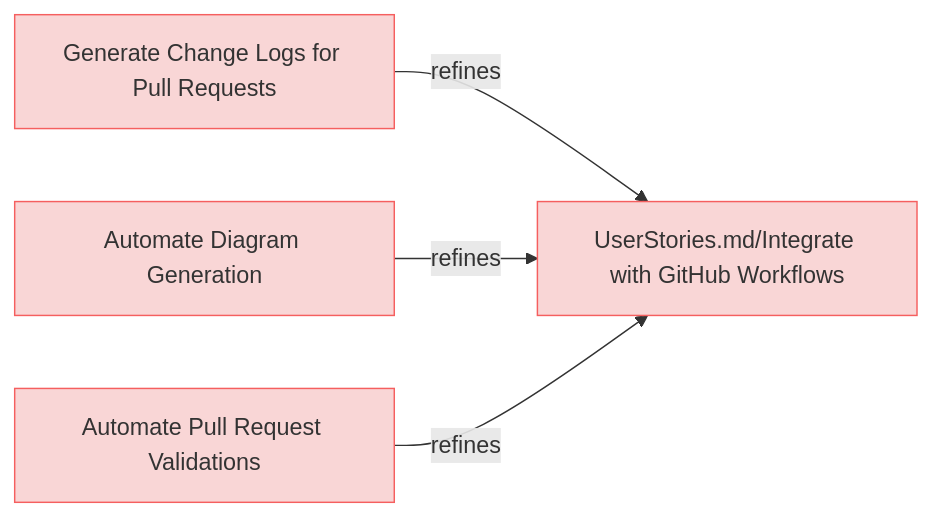
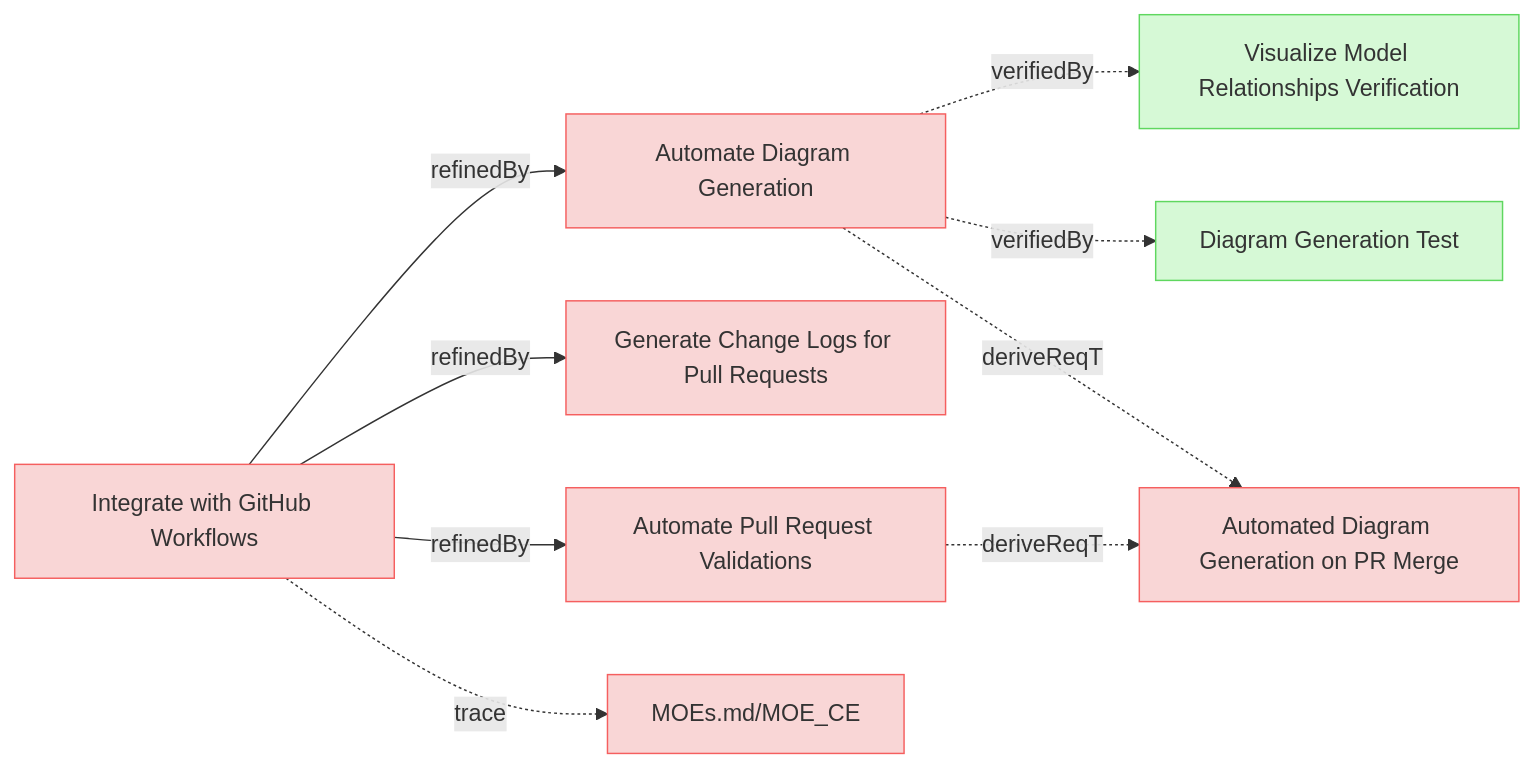
Before and after one commit to reqvire-org/reqvire: the fourth of 9 diagrams in specifications/UserRequirements.md, drawn with Mermaid. The commit also changed other lines of this file and 27 other files, not shown here.

Commit message:
Diagrams update.X

````diff
--- a/specifications/UserRequirements.md
+++ b/specifications/UserRequirements.md
@@ -269,24 +400,41 @@
 ```mermaid
 graph LR;
   %% Graph styling
   classDef requirement fill:#f9d6d6,stroke:#f55f5f,stroke-width:1px;
   classDef verification fill:#d6f9d6,stroke:#5fd75f,stroke-width:1px;
   classDef externalLink fill:#d0e0ff,stroke:#3080ff,stroke-width:1px;
   classDef default fill:#f5f5f5,stroke:#333333,stroke-width:1px;
 
+  98a581084d5542fa["Automate Diagram Generation"];
+  class 98a581084d5542fa requirement;
+  click 98a581084d5542fa "UserRequirements.md#automate-diagram-generation";
+  de8ab093f22a5cd7["Visualize Model Relationships Verification"];
+  class de8ab093f22a5cd7 verification;
+  click de8ab093f22a5cd7 "Verifications/DiagramsTests.md#visualize-model-relationships-verification";
+  98a581084d5542fa -.->|verifiedBy| de8ab093f22a5cd7;
+  2d2cf67bb8070da8["Diagram Generation Test"];
+  class 2d2cf67bb8070da8 verification;
+  click 2d2cf67bb8070da8 "Verifications/DiagramsTests.md#diagram-generation-test";
+  98a581084d5542fa -.->|verifiedBy| 2d2cf67bb8070da8;
+  3e3df7ad427a88fa["Automated Diagram Generation on PR Merge"];
+  class 3e3df7ad427a88fa requirement;
+  click 3e3df7ad427a88fa "SystemRequirements/Requirements.md#automated-diagram-generation-on-pr-merge";
+  98a581084d5542fa -.->|deriveReqT| 3e3df7ad427a88fa;
   672b444a568468b8["Generate Change Logs for Pull Requests"];
   class 672b444a568468b8 requirement;
   click 672b444a568468b8 "UserRequirements.md#generate-change-logs-for-pull-requests";
-  98eaeddc27f99e11["UserStories.md/Integrate with GitHub Workflows"];
-  class 98eaeddc27f99e11 requirement;
-  click 98eaeddc27f99e11 "UserStories.md#integrate-with-github-workflows";
-  672b444a568468b8 -->|refines| 98eaeddc27f99e11;
-  98a581084d5542fa["Automate Diagram Generation"];
-  class 98a581084d5542fa requirement;
-  click 98a581084d5542fa "UserRequirements.md#automate-diagram-generation";
-  98a581084d5542fa -->|refines| 98eaeddc27f99e11;
   15f2f511b2399406["Automate Pull Request Validations"];
   class 15f2f511b2399406 requirement;
   click 15f2f511b2399406 "UserRequirements.md#automate-pull-request-validations";
-  15f2f511b2399406 -->|refines| 98eaeddc27f99e11;
+  15f2f511b2399406 -.->|deriveReqT| 3e3df7ad427a88fa;
+  98eaeddc27f99e11["Integrate with GitHub Workflows"];
+  class 98eaeddc27f99e11 requirement;
+  click 98eaeddc27f99e11 "UserStories.md#integrate-with-github-workflows";
+  e9ad540a6411a0fc["MOEs.md/MOE_CE"];
+  class e9ad540a6411a0fc requirement;
+  click e9ad540a6411a0fc "MOEs.md#moe_ce";
+  98eaeddc27f99e11 -.->|trace| e9ad540a6411a0fc;
+  98eaeddc27f99e11 -->|refinedBy| 98a581084d5542fa;
+  98eaeddc27f99e11 -->|refinedBy| 672b444a568468b8;
+  98eaeddc27f99e11 -->|refinedBy| 15f2f511b2399406;
 ```
````
